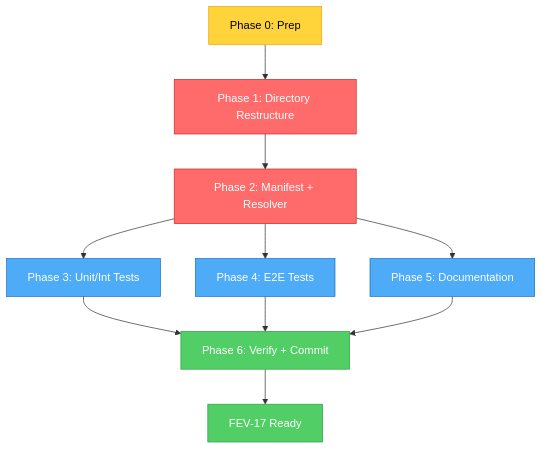
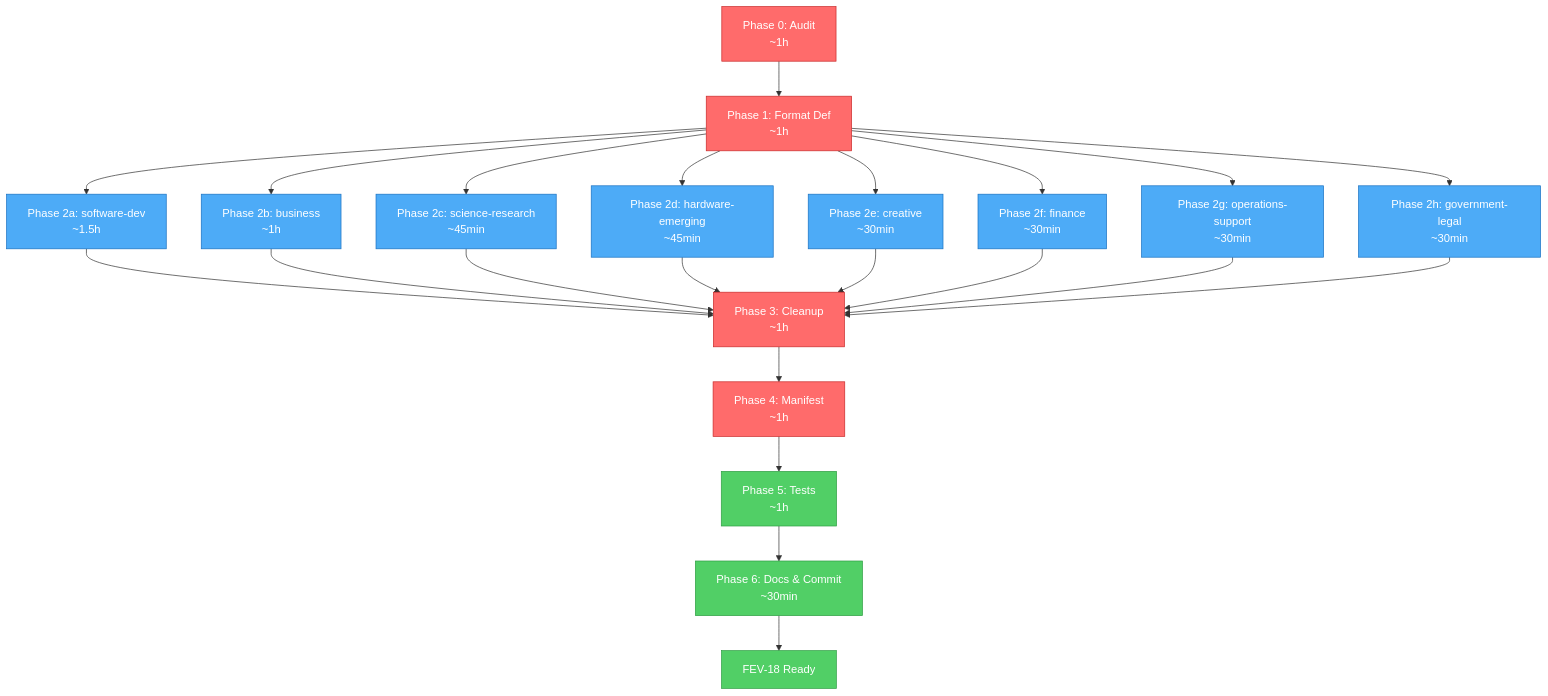
Before and after one commit to Fisherk2/codice-opencode: the diagram in tasks/todo.md, drawn with Mermaid. The commit also changed other lines of this file and 1 other file, not shown here.

First line of the commit message:
docs(tasks): establish FEV-18 implementation plan

````diff
--- a/tasks/todo.md
+++ b/tasks/todo.md
@@ -267,22 +273,33 @@
 ```mermaid
 graph TD
-    P0[Phase 0: Prep] --> P1[Phase 1: Directory Restructure]
-    P1 --> P2[Phase 2: Manifest + Resolver]
-    P2 --> P3[Phase 3: Unit/Int Tests]
-    P2 --> P4[Phase 4: E2E Tests]
-    P2 --> P5[Phase 5: Documentation]
-    P3 --> P6[Phase 6: Verify + Commit]
-    P4 --> P6
-    P5 --> P6
-    P6 --> DONE[FEV-17 Ready]
+    P0[Phase 0: Audit<br/>~1h] --> P1[Phase 1: Format Def<br/>~1h]
+    P1 --> P2A[Phase 2a: software-dev<br/>~1.5h]
+    P1 --> P2B[Phase 2b: business<br/>~1h]
+    P1 --> P2C[Phase 2c: science-research<br/>~45min]
+    P1 --> P2D[Phase 2d: hardware-emerging<br/>~45min]
+    P1 --> P2E[Phase 2e: creative<br/>~30min]
+    P1 --> P2F[Phase 2f: finance<br/>~30min]
+    P1 --> P2G[Phase 2g: operations-support<br/>~30min]
+    P1 --> P2H[Phase 2h: government-legal<br/>~30min]
+    P2A --> P3[Phase 3: Cleanup<br/>~1h]
+    P2B --> P3
+    P2C --> P3
+    P2D --> P3
+    P2E --> P3
+    P2F --> P3
+    P2G --> P3
+    P2H --> P3
+    P3 --> P4[Phase 4: Manifest<br/>~1h]
+    P4 --> P5[Phase 5: Tests<br/>~1h]
+    P5 --> P6[Phase 6: Docs & Commit<br/>~30min]
+    P6 --> DONE[FEV-18 Ready]
 
     classDef crit fill:#ff6b6b,stroke:#c92a2a,color:#fff
     classDef gate fill:#51cf66,stroke:#2f9e44,color:#fff
     classDef par fill:#4dabf7,stroke:#1971c2,color:#fff
     classDef seq fill:#ffd43b,stroke:#f59f00,color:#000
 
-    class P1,P2 crit
-    class P6,DONE gate
-    class P3,P4,P5 par
-    class P0 seq
+    class P0,P1,P3,P4 crit
+    class P5,P6,DONE gate
+    class P2A,P2B,P2C,P2D,P2E,P2F,P2G,P2H par
 ```
````
